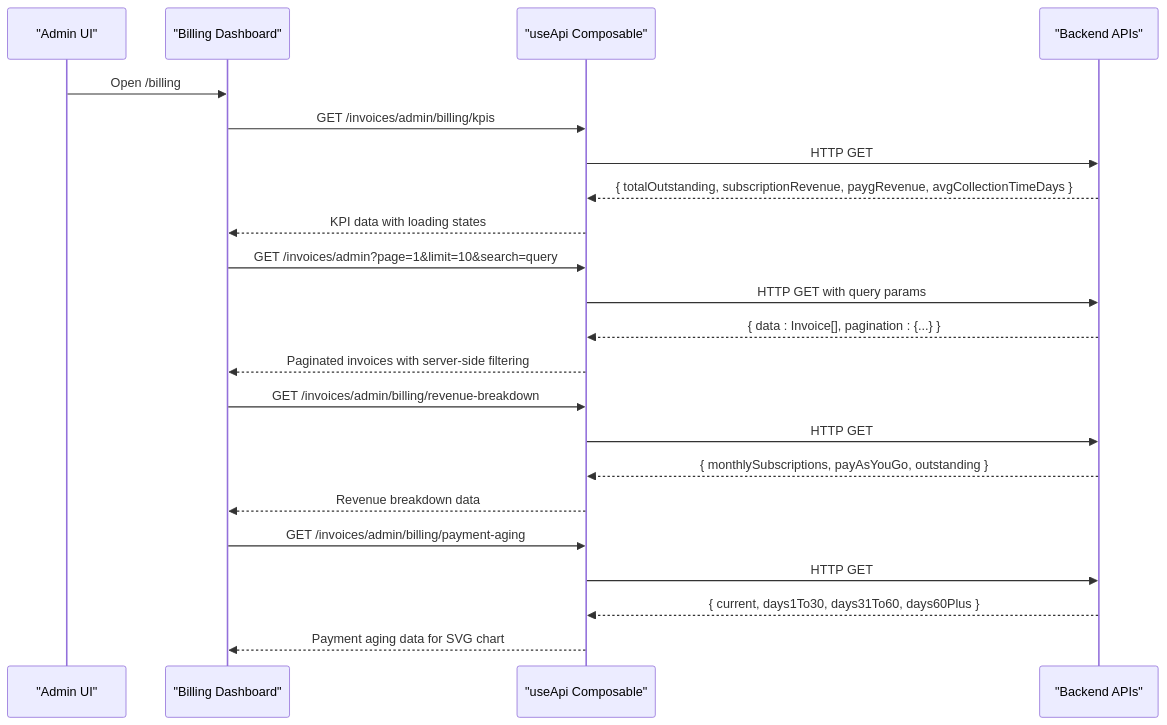
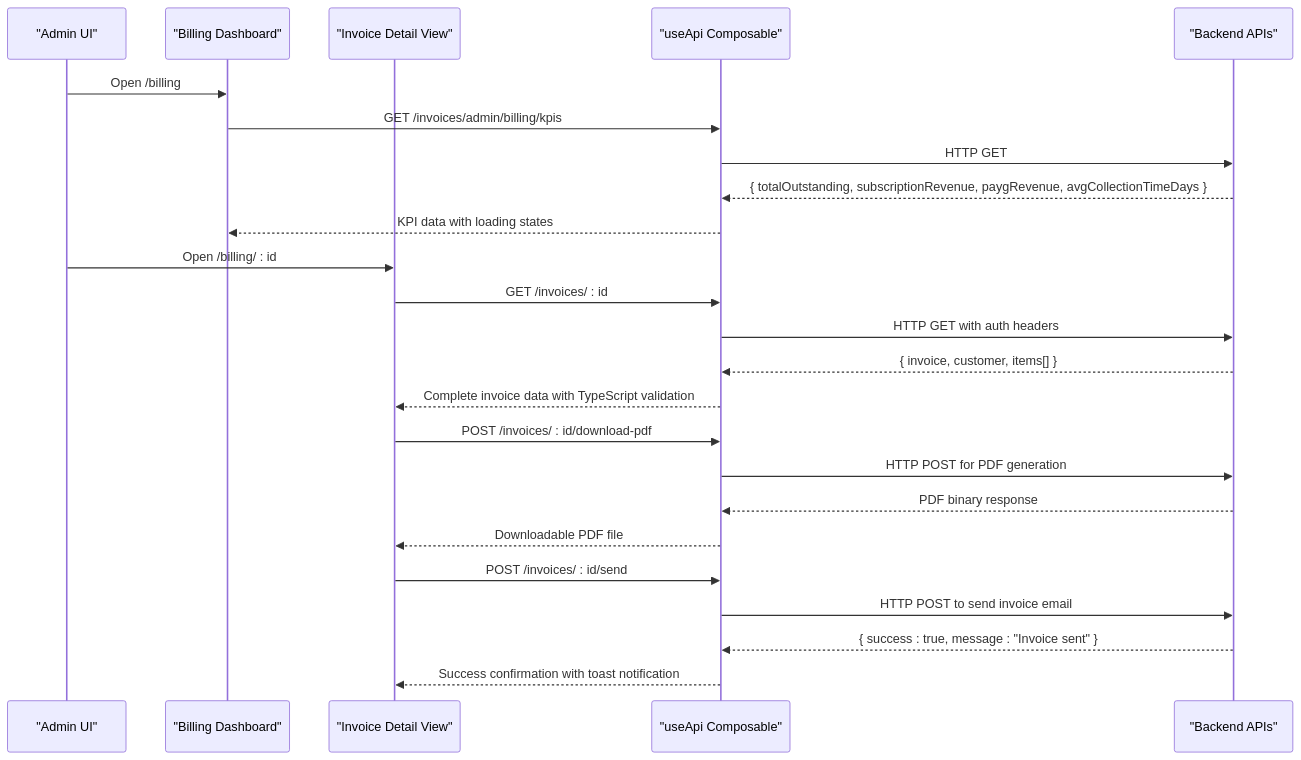
One commit to Lazynerd-Studios/lacarte-atlas-console changed the second of 4 diagrams in .qoder/repowiki/en/content/Business Modules/Billing & Subscriptions.md. Above: the diagram before and after it, drawn with Mermaid. The commit also changed other lines of this file and 14 other files, not shown here.

````diff
--- a/.qoder/repowiki/en/content/Business Modules/Billing & Subscriptions.md
+++ b/.qoder/repowiki/en/content/Business Modules/Billing & Subscriptions.md
@@ -125,24 +129,26 @@
 ```mermaid
 sequenceDiagram
 participant Admin as "Admin UI"
 participant BillingPage as "Billing Dashboard"
+participant InvoiceDetail as "Invoice Detail View"
 participant API as "useApi Composable"
 participant Backend as "Backend APIs"
 Admin->>BillingPage : Open /billing
 BillingPage->>API : GET /invoices/admin/billing/kpis
 API->>Backend : HTTP GET
 Backend-->>API : { totalOutstanding, subscriptionRevenue, paygRevenue, avgCollectionTimeDays }
 API-->>BillingPage : KPI data with loading states
-BillingPage->>API : GET /invoices/admin?page=1&limit=10&search=query
-API->>Backend : HTTP GET with query params
-Backend-->>API : { data : Invoice[], pagination : {...} }
-API-->>BillingPage : Paginated invoices with server-side filtering
-BillingPage->>API : GET /invoices/admin/billing/revenue-breakdown
-API->>Backend : HTTP GET
-Backend-->>API : { monthlySubscriptions, payAsYouGo, outstanding }
-API-->>BillingPage : Revenue breakdown data
-BillingPage->>API : GET /invoices/admin/billing/payment-aging
-API->>Backend : HTTP GET
-Backend-->>API : { current, days1To30, days31To60, days60Plus }
-API-->>BillingPage : Payment aging data for SVG chart
+Admin->>InvoiceDetail : Open /billing/ : id
+InvoiceDetail->>API : GET /invoices/ : id
+API->>Backend : HTTP GET with auth headers
+Backend-->>API : { invoice, customer, items[] }
+API-->>InvoiceDetail : Complete invoice data with TypeScript validation
+InvoiceDetail->>API : POST /invoices/ : id/download-pdf
+API->>Backend : HTTP POST for PDF generation
+Backend-->>API : PDF binary response
+API-->>InvoiceDetail : Downloadable PDF file
+InvoiceDetail->>API : POST /invoices/ : id/send
+API->>Backend : HTTP POST to send invoice email
+Backend-->>API : { success : true, message : "Invoice sent" }
+API-->>InvoiceDetail : Success confirmation with toast notification
 ```
````
